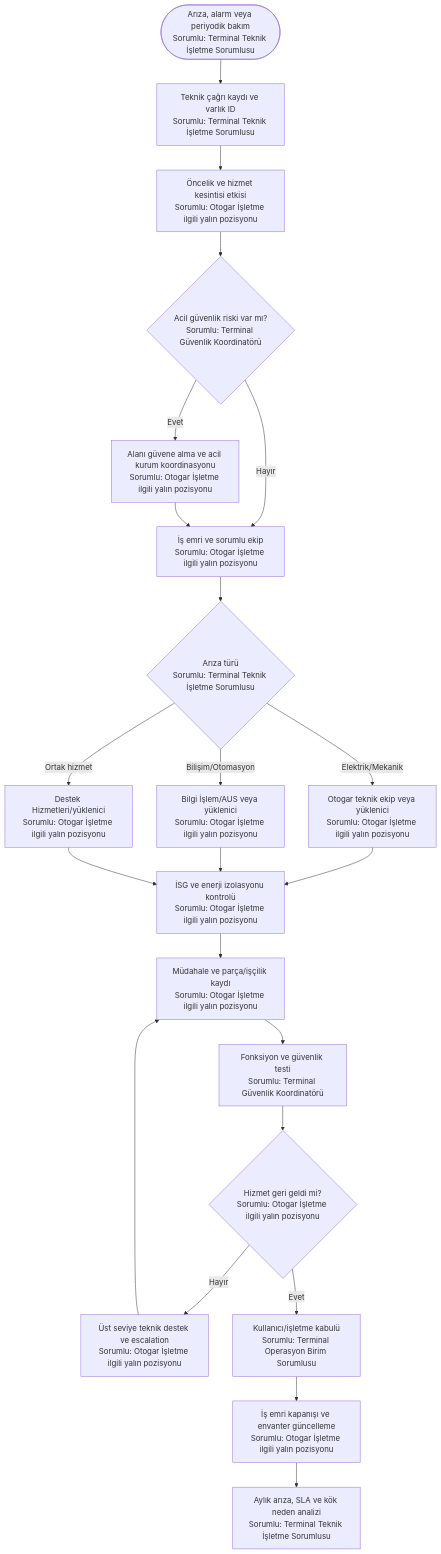
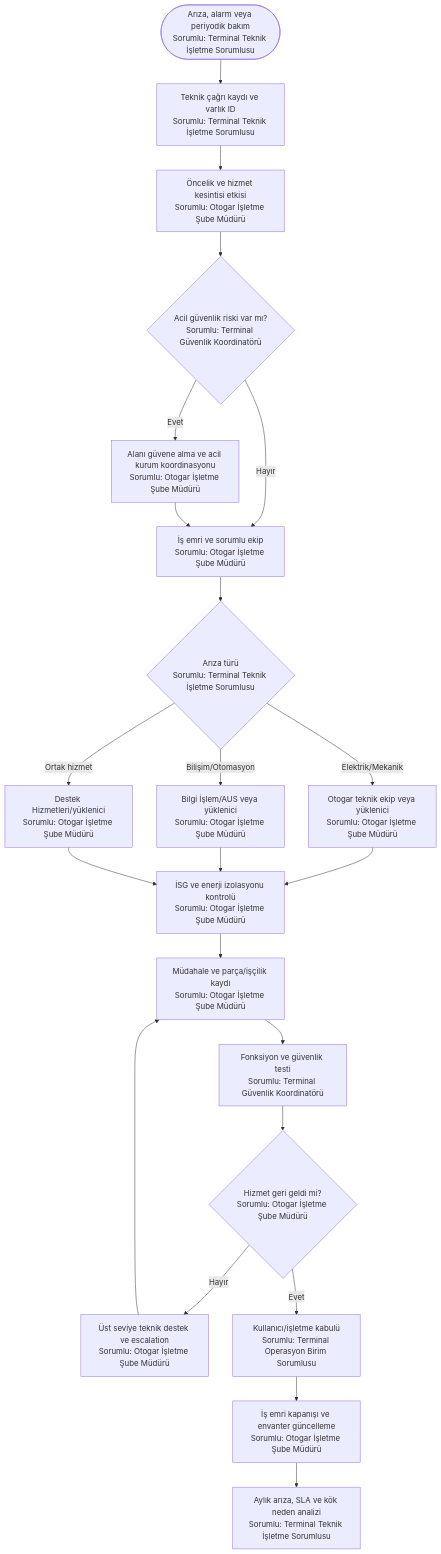
Before and after one commit to merdaergen-create/Ulasim_Dairesi_Is_Analizi: the third of 4 diagrams in 11_yalin_surec_haritalari_sorumlulari_belirtilmis/otogar/README.md, drawn with Mermaid. The commit also changed other lines of this file and 9 other files, not shown here.

Commit message:
Yalın süreç haritalarını koruyarak kesin sorumlu pozisyonları ekle

````diff
--- a/11_yalin_surec_haritalari_sorumlulari_belirtilmis/otogar/README.md
+++ b/11_yalin_surec_haritalari_sorumlulari_belirtilmis/otogar/README.md
@@ -84,24 +84,24 @@
 ```mermaid
 flowchart TD
     A([Arıza, alarm veya periyodik bakım<br/>Sorumlu: Terminal Teknik İşletme Sorumlusu]) --> B[Teknik çağrı kaydı ve varlık ID<br/>Sorumlu: Terminal Teknik İşletme Sorumlusu]
-    B --> C[Öncelik ve hizmet kesintisi etkisi<br/>Sorumlu: Otogar İşletme ilgili yalın pozisyonu]
+    B --> C[Öncelik ve hizmet kesintisi etkisi<br/>Sorumlu: Otogar İşletme Şube Müdürü]
     C --> D{Acil güvenlik riski var mı?<br/>Sorumlu: Terminal Güvenlik Koordinatörü}
-    D -- Evet --> E[Alanı güvene alma ve acil kurum koordinasyonu<br/>Sorumlu: Otogar İşletme ilgili yalın pozisyonu]
-    D -- Hayır --> F[İş emri ve sorumlu ekip<br/>Sorumlu: Otogar İşletme ilgili yalın pozisyonu]
+    D -- Evet --> E[Alanı güvene alma ve acil kurum koordinasyonu<br/>Sorumlu: Otogar İşletme Şube Müdürü]
+    D -- Hayır --> F[İş emri ve sorumlu ekip<br/>Sorumlu: Otogar İşletme Şube Müdürü]
     E --> F
     F --> G{Arıza türü<br/>Sorumlu: Terminal Teknik İşletme Sorumlusu}
-    G -- Elektrik/Mekanik --> H[Otogar teknik ekip veya yüklenici<br/>Sorumlu: Otogar İşletme ilgili yalın pozisyonu]
-    G -- Bilişim/Otomasyon --> I[Bilgi İşlem/AUS veya yüklenici<br/>Sorumlu: Otogar İşletme ilgili yalın pozisyonu]
-    G -- Ortak hizmet --> J[Destek Hizmetleri/yüklenici<br/>Sorumlu: Otogar İşletme ilgili yalın pozisyonu]
-    H --> K[İSG ve enerji izolasyonu kontrolü<br/>Sorumlu: Otogar İşletme ilgili yalın pozisyonu]
+    G -- Elektrik/Mekanik --> H[Otogar teknik ekip veya yüklenici<br/>Sorumlu: Otogar İşletme Şube Müdürü]
+    G -- Bilişim/Otomasyon --> I[Bilgi İşlem/AUS veya yüklenici<br/>Sorumlu: Otogar İşletme Şube Müdürü]
+    G -- Ortak hizmet --> J[Destek Hizmetleri/yüklenici<br/>Sorumlu: Otogar İşletme Şube Müdürü]
+    H --> K[İSG ve enerji izolasyonu kontrolü<br/>Sorumlu: Otogar İşletme Şube Müdürü]
     I --> K
     J --> K
-    K --> L[Müdahale ve parça/işçilik kaydı<br/>Sorumlu: Otogar İşletme ilgili yalın pozisyonu]
+    K --> L[Müdahale ve parça/işçilik kaydı<br/>Sorumlu: Otogar İşletme Şube Müdürü]
     L --> M[Fonksiyon ve güvenlik testi<br/>Sorumlu: Terminal Güvenlik Koordinatörü]
-    M --> N{Hizmet geri geldi mi?<br/>Sorumlu: Otogar İşletme ilgili yalın pozisyonu}
-    N -- Hayır --> O[Üst seviye teknik destek ve escalation<br/>Sorumlu: Otogar İşletme ilgili yalın pozisyonu]
+    M --> N{Hizmet geri geldi mi?<br/>Sorumlu: Otogar İşletme Şube Müdürü}
+    N -- Hayır --> O[Üst seviye teknik destek ve escalation<br/>Sorumlu: Otogar İşletme Şube Müdürü]
     O --> L
     N -- Evet --> P[Kullanıcı/işletme kabulü<br/>Sorumlu: Terminal Operasyon Birim Sorumlusu]
-    P --> Q[İş emri kapanışı ve envanter güncelleme<br/>Sorumlu: Otogar İşletme ilgili yalın pozisyonu]
+    P --> Q[İş emri kapanışı ve envanter güncelleme<br/>Sorumlu: Otogar İşletme Şube Müdürü]
     Q --> R[Aylık arıza, SLA ve kök neden analizi<br/>Sorumlu: Terminal Teknik İşletme Sorumlusu]
 ```
````
